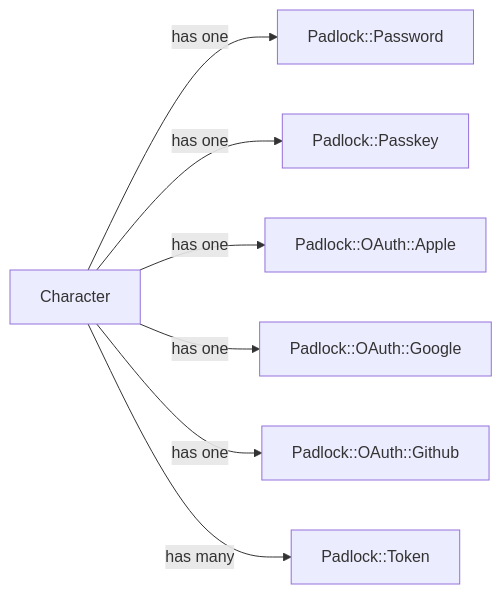
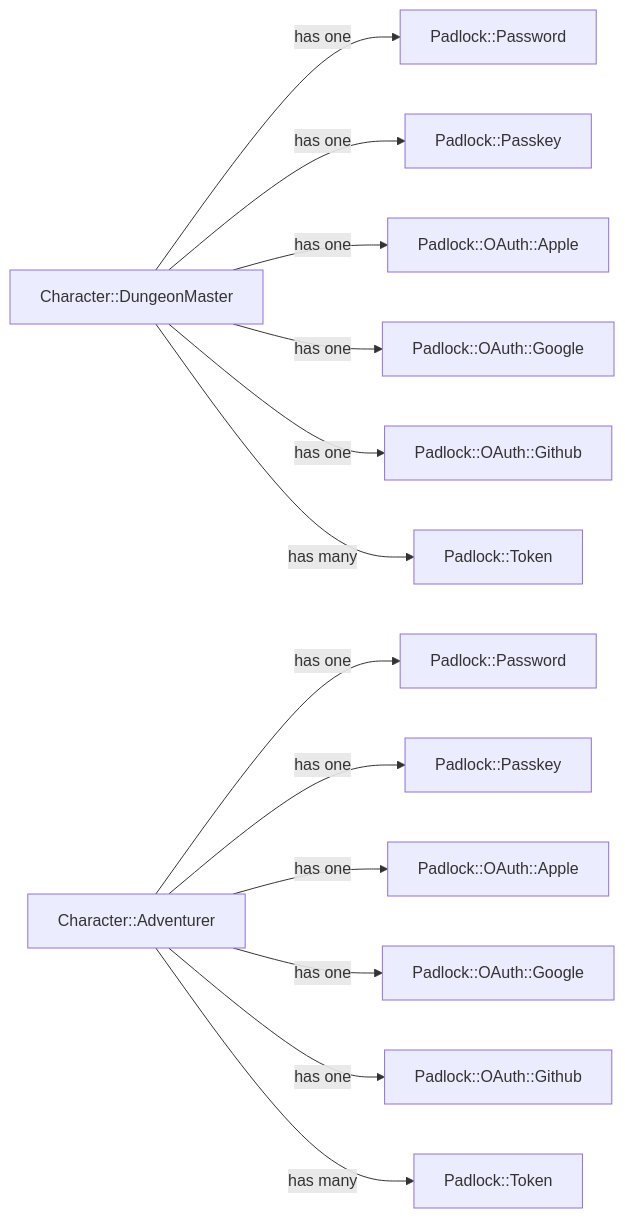
One commit to NordGus/drgn changed the first of 2 diagrams in docs/authentication/data_model.md. Above: the diagram before and after it, drawn with Mermaid. The commit also changed 1 other file, not shown here.

Commit message:
adding user defined settings documentation description

````diff
--- a/docs/authentication/data_model.md
+++ b/docs/authentication/data_model.md
@@ -20,9 +20,16 @@
 ```mermaid
 flowchart LR
-    ch1["Character"] --has one--> pl1["Padlock::Password"]
+    ch1["Character::DungeonMaster"] --has one--> pl1["Padlock::Password"]
     ch1 --has one--> pl2["Padlock::Passkey"]
     ch1 --has one--> pl3["Padlock::OAuth::Apple"]
     ch1 --has one--> pl4["Padlock::OAuth::Google"]
     ch1 --has one--> pl5["Padlock::OAuth::Github"]
     ch1 --has many--> pl6["Padlock::Token"]
+
+    ch2["Character::Adventurer"] --has one--> pl7["Padlock::Password"]
+    ch2 --has one--> pl8["Padlock::Passkey"]
+    ch2 --has one--> pl9["Padlock::OAuth::Apple"]
+    ch2 --has one--> pl10["Padlock::OAuth::Google"]
+    ch2 --has one--> pl11["Padlock::OAuth::Github"]
+    ch2 --has many--> pl12["Padlock::Token"]
 ```
````
